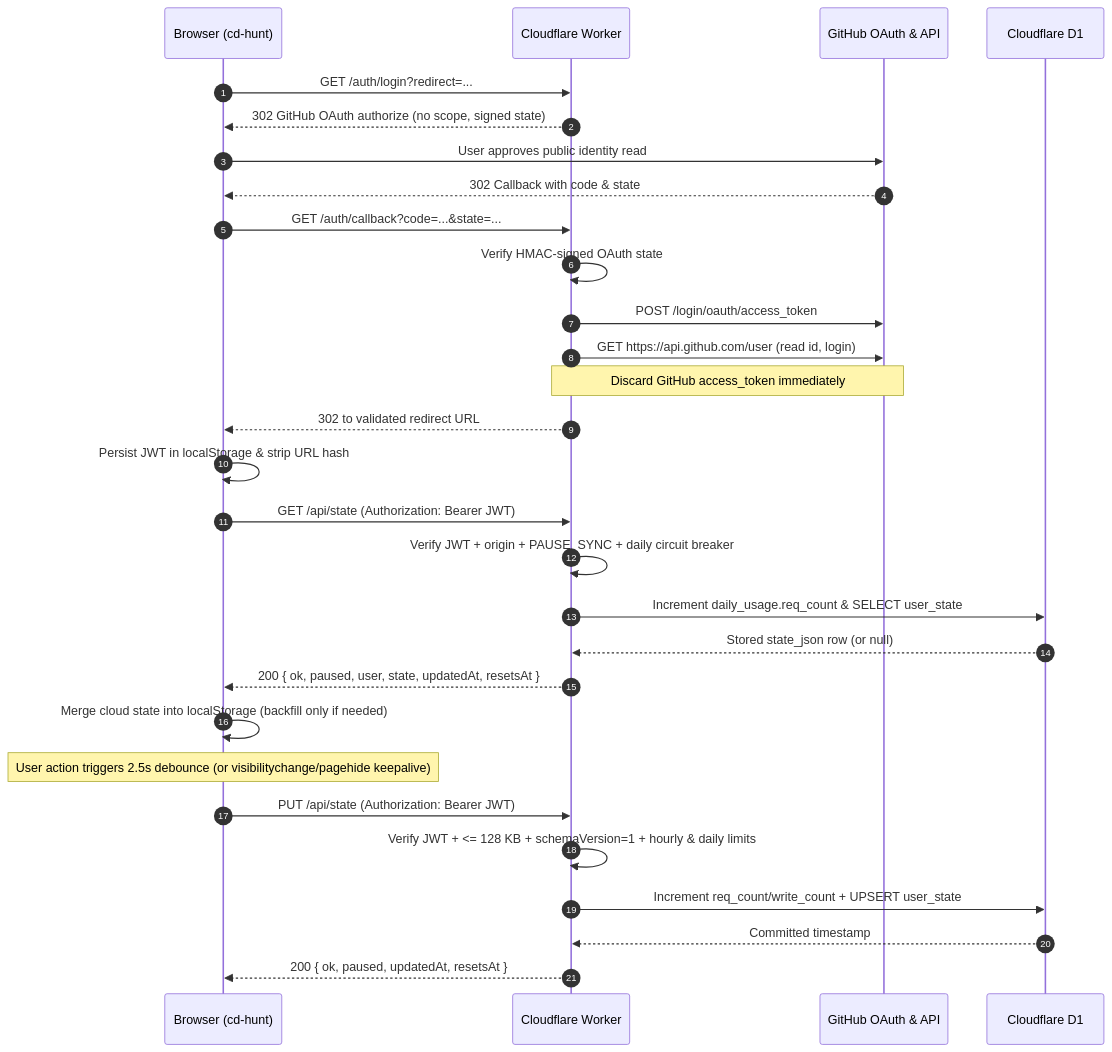
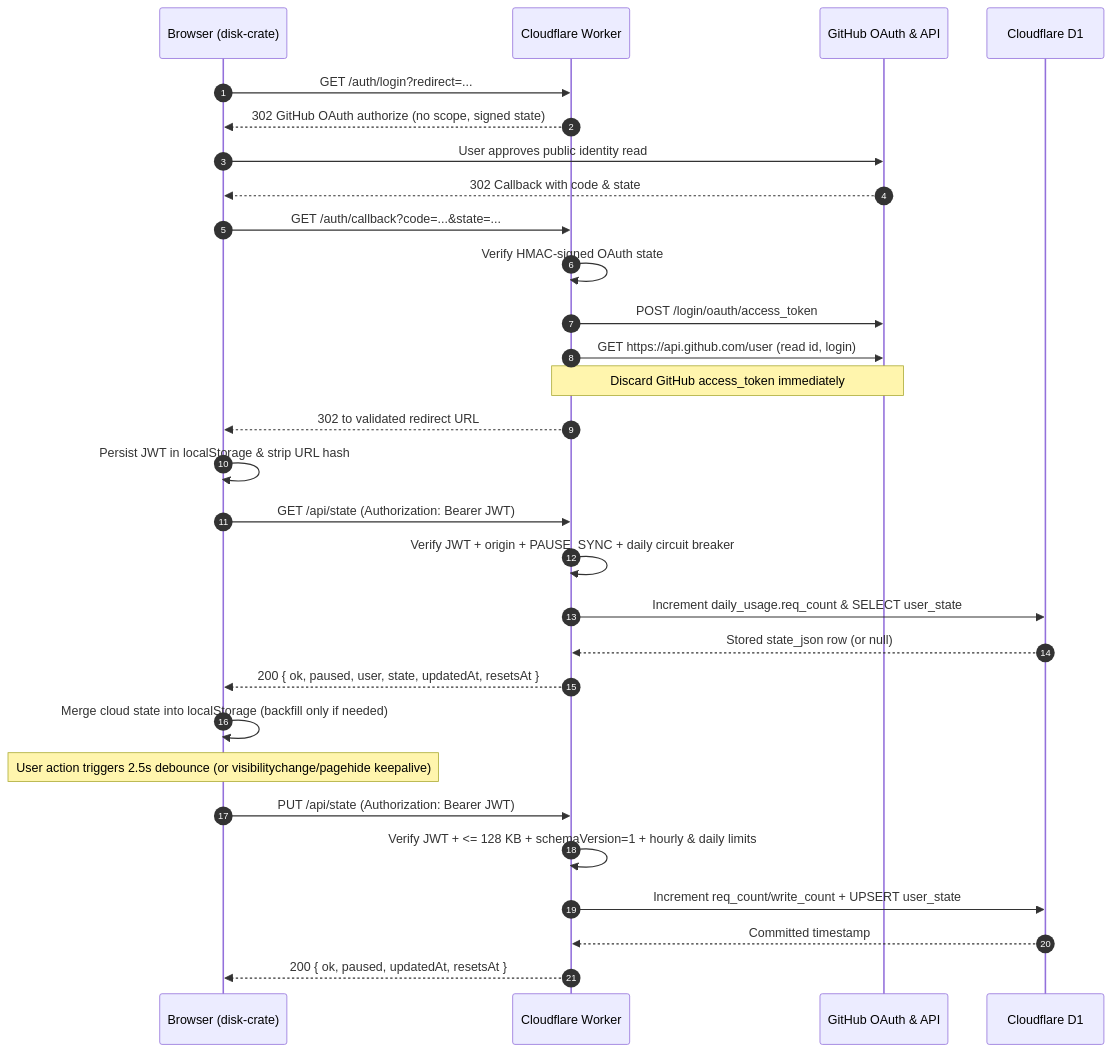
Before and after one commit to dopingus-build/cd-hunt: the diagram in docs/CLOUD_SYNC_ARCHITECTURE.md, drawn with Mermaid. The commit also changed other lines of this file and 32 other files, not shown here.

Commit message:
Rename app to Disk Crate (Phase 0) and add architecture roadmap docs

````diff
--- a/docs/CLOUD_SYNC_ARCHITECTURE.md
+++ b/docs/CLOUD_SYNC_ARCHITECTURE.md
@@ -35,34 +35,34 @@
 ```mermaid
 sequenceDiagram
     autonumber
-    participant Browser as Browser (cd-hunt)
+    participant Browser as Browser (disk-crate)
     participant Worker as Cloudflare Worker
     participant GitHub as GitHub OAuth & API
     participant D1 as Cloudflare D1
 
     Browser->>Worker: GET /auth/login?redirect=...
     Worker-->>Browser: 302 GitHub OAuth authorize (no scope, signed state)
     Browser->>GitHub: User approves public identity read
     GitHub-->>Browser: 302 Callback with code & state
     Browser->>Worker: GET /auth/callback?code=...&state=...
     Worker->>Worker: Verify HMAC-signed OAuth state
     Worker->>GitHub: POST /login/oauth/access_token
     Worker->>GitHub: GET https://api.github.com/user (read id, login)
     Note over Worker,GitHub: Discard GitHub access_token immediately
     Worker-->>Browser: 302 to validated redirect URL #auth_token=jwt
     Browser->>Browser: Persist JWT in localStorage & strip URL hash
 
     Browser->>Worker: GET /api/state (Authorization: Bearer JWT)
     Worker->>Worker: Verify JWT + origin + PAUSE_SYNC + daily circuit breaker
     Worker->>D1: Increment daily_usage.req_count & SELECT user_state
     D1-->>Worker: Stored state_json row (or null)
     Worker-->>Browser: 200 { ok, paused, user, state, updatedAt, resetsAt }
     Browser->>Browser: Merge cloud state into localStorage (backfill only if needed)
 
     Note over Browser: User action triggers 2.5s debounce (or visibilitychange/pagehide keepalive)
     Browser->>Worker: PUT /api/state (Authorization: Bearer JWT)
     Worker->>Worker: Verify JWT + <= 128 KB + schemaVersion=1 + hourly & daily limits
     Worker->>D1: Increment req_count/write_count + UPSERT user_state
     D1-->>Worker: Committed timestamp
     Worker-->>Browser: 200 { ok, paused, updatedAt, resetsAt }
 ```
````
